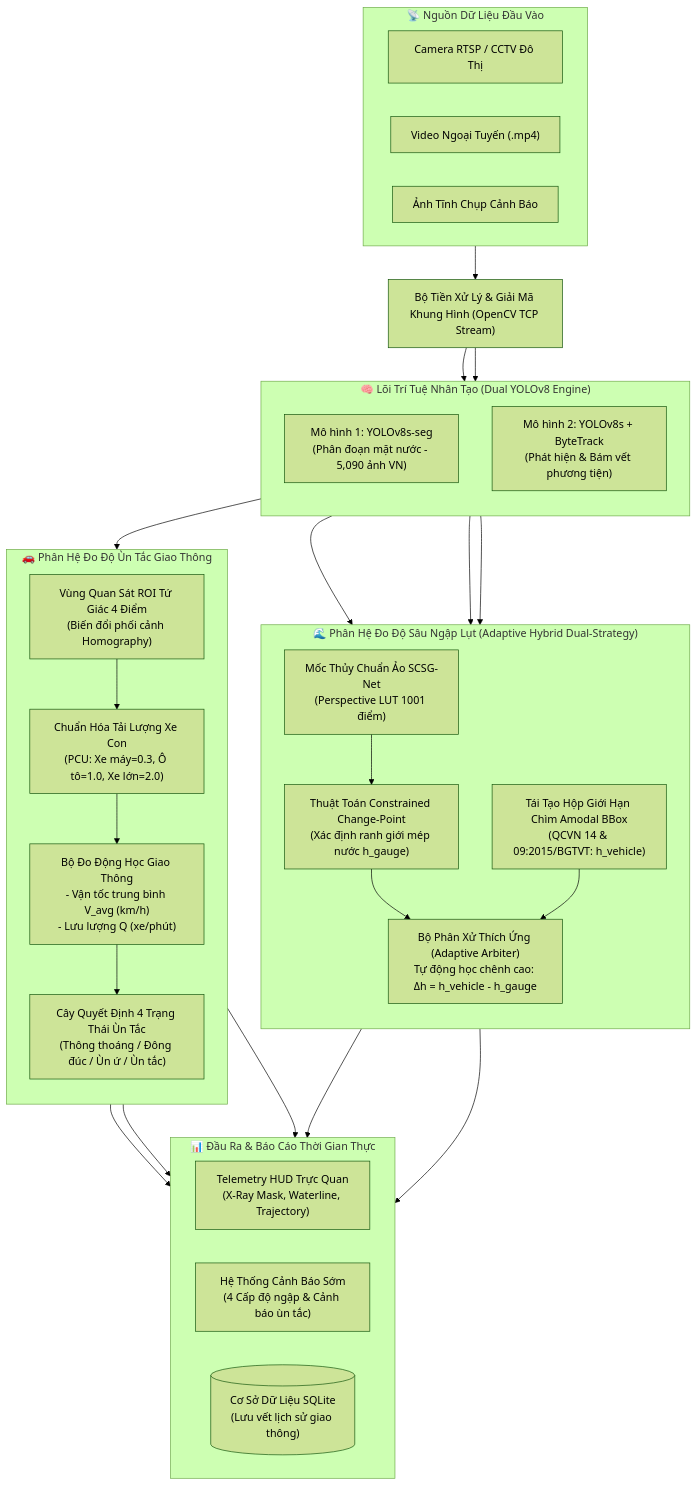
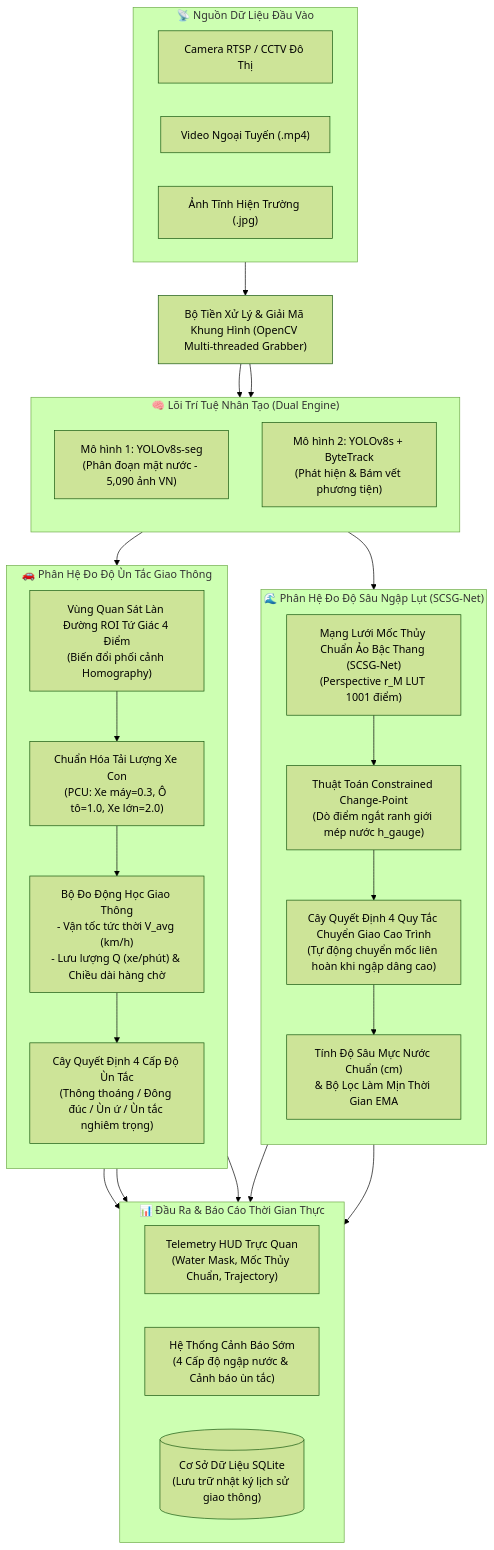
One commit to NguyenThanhThiet87/-AI-Urban-Flood-Traffic changed the diagram in README.md. Above: the diagram before and after it, drawn with Mermaid (forest theme). The commit also changed other lines of this file, not shown here.

Commit message:
docs: rewrite README to accurately reflect SCSG-Net flood depth and ByteTrack traffic architecture

````diff
--- a/README.md
+++ b/README.md
@@ -35,67 +39,65 @@
 ```mermaid
 flowchart TD
     %% Input Sources
     subgraph INPUT["📡 Nguồn Dữ Liệu Đầu Vào"]
         direction LR
         IN_RTSP["Camera RTSP / CCTV Đô Thị"]
         IN_VID["Video Ngoại Tuyến (.mp4)"]
-        IN_IMG["Ảnh Tĩnh Chụp Cảnh Báo"]
+        IN_IMG["Ảnh Tĩnh Hiện Trường (.jpg)"]
     end
 
-    INPUT --> PREPROC["Bộ Tiền Xử Lý & Giải Mã Khung Hình (OpenCV TCP Stream)"]
+    INPUT --> PREPROC["Bộ Tiền Xử Lý & Giải Mã Khung Hình (OpenCV Multi-threaded Grabber)"]
 
     %% AI Core
-    subgraph AI_CORE["🧠 Lõi Trí Tuệ Nhân Tạo (Dual YOLOv8 Engine)"]
+    subgraph AI_CORE["🧠 Lõi Trí Tuệ Nhân Tạo (Dual Engine)"]
         direction TB
         YOLO_SEG["Mô hình 1: YOLOv8s-seg<br/>(Phân đoạn mặt nước - 5,090 ảnh VN)"]
         YOLO_DET["Mô hình 2: YOLOv8s + ByteTrack<br/>(Phát hiện & Bám vết phương tiện)"]
     end
 
     PREPROC --> YOLO_SEG
     PREPROC --> YOLO_DET
 
-    %% Tab 1: Flood Depth
-    subgraph TAB1["🌊 Phân Hệ Đo Độ Sâu Ngập Lụt (Adaptive Hybrid Dual-Strategy)"]
+    %% Phân hệ 1: Đo độ sâu nước ngập
+    subgraph TAB1["🌊 Phân Hệ Đo Độ Sâu Ngập Lụt (SCSG-Net)"]
         direction TB
-        GAUGE["Mốc Thủy Chuẩn Ảo SCSG-Net<br/>(Perspective LUT 1001 điểm)"]
-        CHANGE_POINT["Thuật Toán Constrained Change-Point<br/>(Xác định ranh giới mép nước h_gauge)"]
-        AMODAL["Tái Tạo Hộp Giới Hạn Chìm Amodal BBox<br/>(QCVN 14 & 09:2015/BGTVT: h_vehicle)"]
-        ARBITER["Bộ Phân Xử Thích Ứng (Adaptive Arbiter)<br/>Tự động học chênh cao: Δh = h_vehicle - h_gauge"]
+        GAUGE["Mạng Lưới Mốc Thủy Chuẩn Ảo Bậc Thang (SCSG-Net)<br/>(Perspective r_M LUT 1001 điểm)"]
+        CHANGE_POINT["Thuật Toán Constrained Change-Point<br/>(Dò điểm ngắt ranh giới mép nước h_gauge)"]
+        CASCADING["Cây Quyết Định 4 Quy Tắc Chuyển Giao Cao Trình<br/>(Tự động chuyển mốc liên hoàn khi ngập dâng cao)"]
+        FLOOD_DEPTH["Tính Độ Sâu Mực Nước Chuẩn (cm)<br/>& Bộ Lọc Làm Mịn Thời Gian EMA"]
 
         GAUGE --> CHANGE_POINT
-        CHANGE_POINT --> ARBITER
-        AMODAL --> ARBITER
+        CHANGE_POINT --> CASCADING
+        CASCADING --> FLOOD_DEPTH
     end
 
-    %% Tab 2: Traffic Congestion
+    %% Phân hệ 2: Đo độ ùn tắc giao thông
     subgraph TAB2["🚗 Phân Hệ Đo Độ Ùn Tắc Giao Thông"]
         direction TB
-        ROI["Vùng Quan Sát ROI Tứ Giác 4 Điểm<br/>(Biến đổi phối cảnh Homography)"]
+        ROI["Vùng Quan Sát Làn Đường ROI Tứ Giác 4 Điểm<br/>(Biến đổi phối cảnh Homography)"]
         PCU["Chuẩn Hóa Tải Lượng Xe Con<br/>(PCU: Xe máy=0.3, Ô tô=1.0, Xe lớn=2.0)"]
-        METRICS["Bộ Đo Động Học Giao Thông<br/>- Vận tốc trung bình V_avg (km/h)<br/>- Lưu lượng Q (xe/phút)"]
-        STATE["Cây Quyết Định 4 Trạng Thái Ùn Tắc<br/>(Thông thoáng / Đông đúc / Ùn ứ / Ùn tắc)"]
+        METRICS["Bộ Đo Động Học Giao Thông<br/>- Vận tốc tức thời V_avg (km/h)<br/>- Lưu lượng Q (xe/phút) & Chiều dài hàng chờ"]
+        STATE["Cây Quyết Định 4 Cấp Độ Ùn Tắc<br/>(Thông thoáng / Đông đúc / Ùn ứ / Ùn tắc nghiêm trọng)"]
 
         ROI --> PCU
         PCU --> METRICS
         METRICS --> STATE
     end
 
     YOLO_SEG --> CHANGE_POINT
-    YOLO_SEG --> AMODAL
-    YOLO_DET --> AMODAL
     YOLO_DET --> ROI
 
     %% Outputs
     subgraph OUTPUT["📊 Đầu Ra & Báo Cáo Thời Gian Thực"]
         direction LR
-        HUD["Telemetry HUD Trực Quan<br/>(X-Ray Mask, Waterline, Trajectory)"]
-        ALARM["Hệ Thống Cảnh Báo Sớm<br/>(4 Cấp độ ngập & Cảnh báo ùn tắc)"]
-        DB[("Cơ Sở Dữ Liệu SQLite<br/>(Lưu vết lịch sử giao thông)")]
+        HUD["Telemetry HUD Trực Quan<br/>(Water Mask, Mốc Thủy Chuẩn, Trajectory)"]
+        ALARM["Hệ Thống Cảnh Báo Sớm<br/>(4 Cấp độ ngập nước & Cảnh báo ùn tắc)"]
+        DB[("Cơ Sở Dữ Liệu SQLite<br/>(Lưu trữ nhật ký lịch sử giao thông)")]
     end
 
-    ARBITER --> HUD
-    ARBITER --> ALARM
+    FLOOD_DEPTH --> HUD
+    FLOOD_DEPTH --> ALARM
     STATE --> HUD
     STATE --> ALARM
     STATE --> DB
 ```
````
